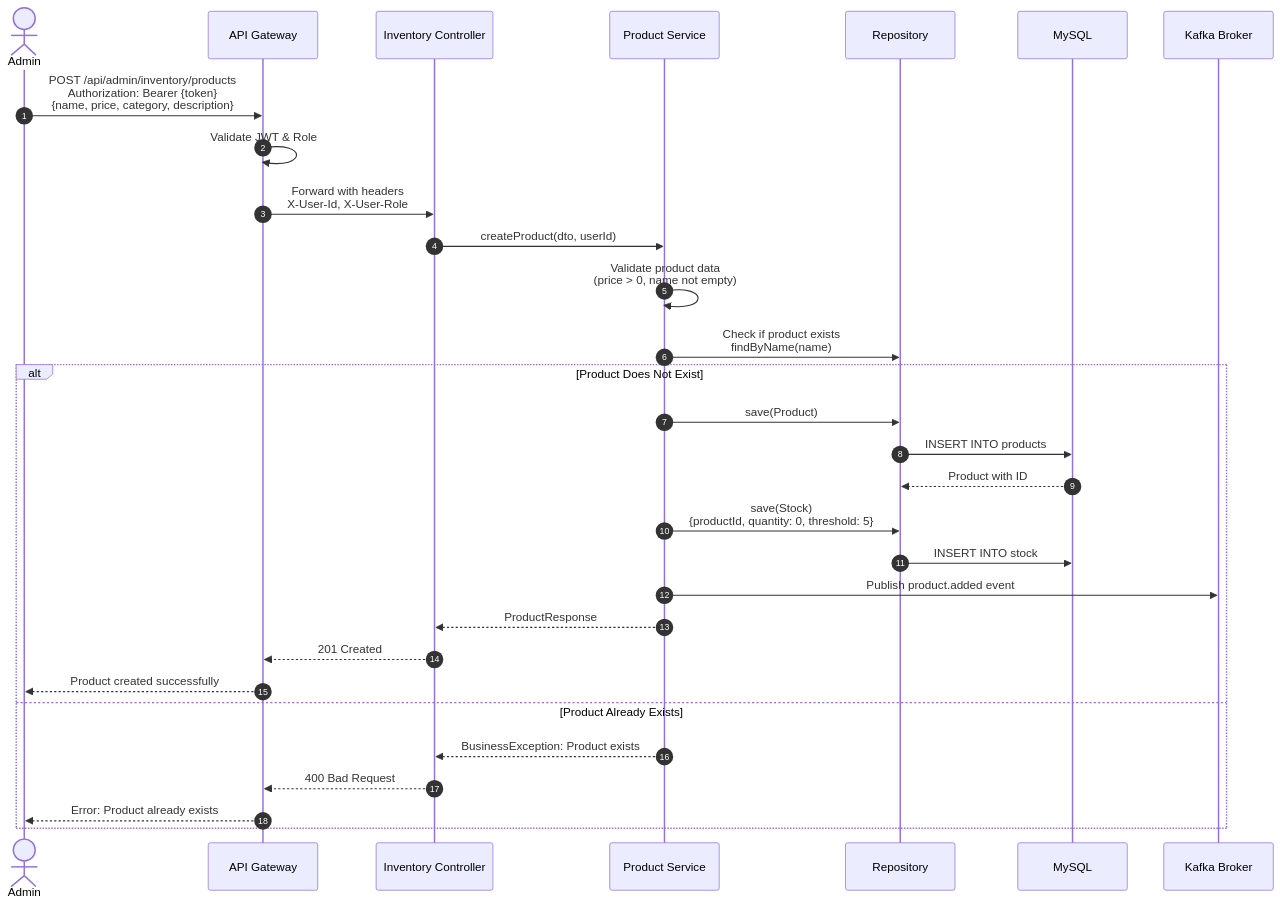
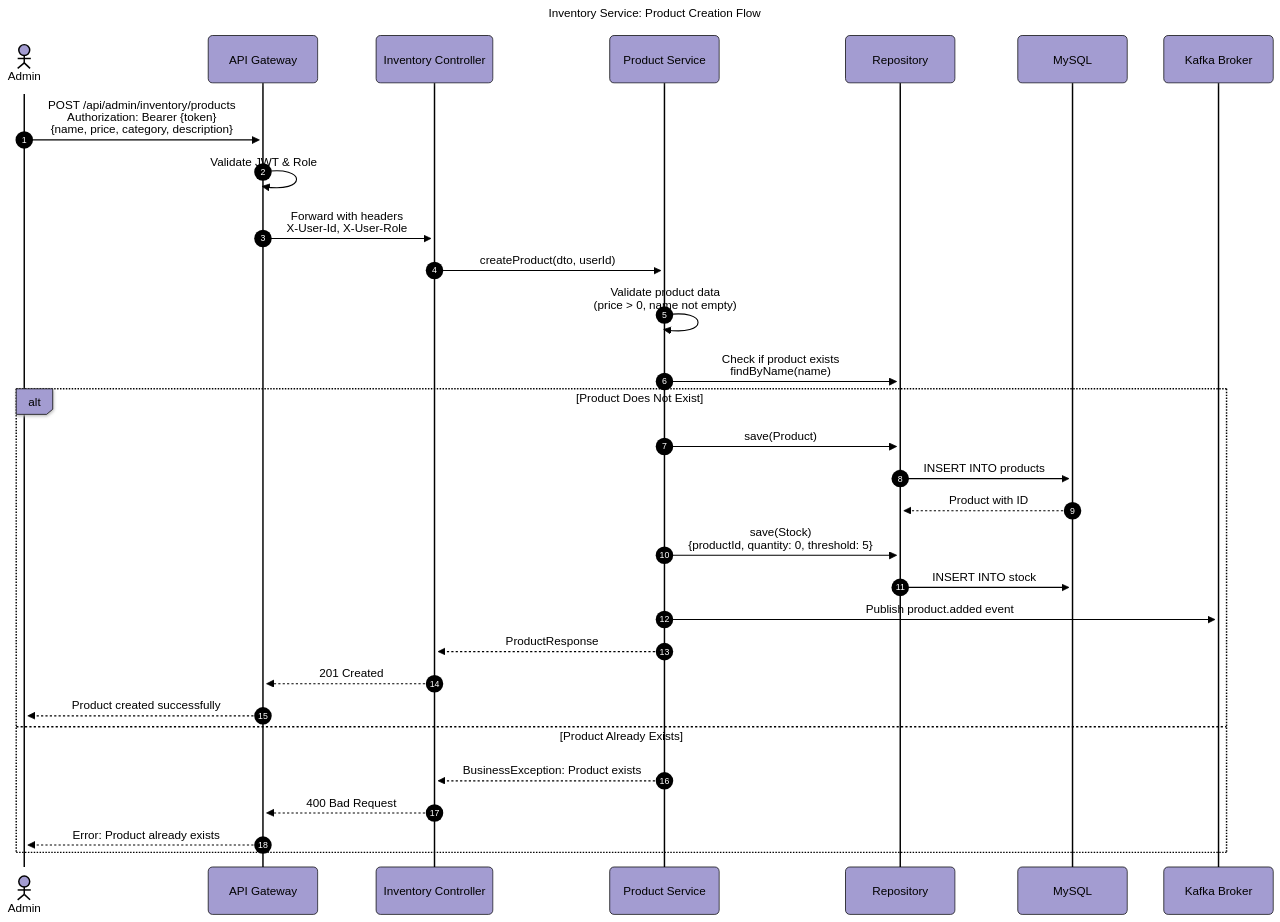
The eighth of 9 diagrams in Documentation/diagrams/inventory-service.md (BrunoGil-AS/Vending-Machine-Microservices), drawn with Mermaid before and after one commit. The commit also changed other lines of this file and 7 other files, not shown here.

Commit message:
docs: Update service diagrams with new configurations and titles

````diff
--- a/Documentation/diagrams/inventory-service.md
+++ b/Documentation/diagrams/inventory-service.md
@@ -472,39 +570,53 @@
 ```mermaid
+---
+config:
+  theme: base
+  themeVariables:
+    primaryColor: '#a39cd1ff'
+    primaryTextColor: '#000000'
+    secondaryTextColor: '#ffffffff'
+    primaryBorderColor: '#000000'
+    lineColor: '#000000ff'
+    secondaryColor: '#90b590ff'
+    tertiaryColor: '#f9f6a1ff'
+  look: neo
+title: 'Inventory Service: Product Creation Flow'
+---
 sequenceDiagram
     autonumber
     actor Admin
     participant Gateway as API Gateway
     participant Controller as Inventory Controller
     participant Service as Product Service
     participant Repo as Repository
     participant DB as MySQL
     participant Kafka as Kafka Broker
 
     Admin->>Gateway: POST /api/admin/inventory/products<br/>Authorization: Bearer {token}<br/>{name, price, category, description}
     Gateway->>Gateway: Validate JWT & Role
     Gateway->>Controller: Forward with headers<br/>X-User-Id, X-User-Role
 
     Controller->>Service: createProduct(dto, userId)
     Service->>Service: Validate product data<br/>(price > 0, name not empty)
 
     Service->>Repo: Check if product exists<br/>findByName(name)
 
     alt Product Does Not Exist
         Service->>Repo: save(Product)
         Repo->>DB: INSERT INTO products
         DB-->>Repo: Product with ID
 
         Service->>Repo: save(Stock)<br/>{productId, quantity: 0, threshold: 5}
         Repo->>DB: INSERT INTO stock
 
         Service->>Kafka: Publish product.added event
 
         Service-->>Controller: ProductResponse
         Controller-->>Gateway: 201 Created
         Gateway-->>Admin: Product created successfully
     else Product Already Exists
         Service-->>Controller: BusinessException: Product exists
         Controller-->>Gateway: 400 Bad Request
         Gateway-->>Admin: Error: Product already exists
     end
 ```
````
